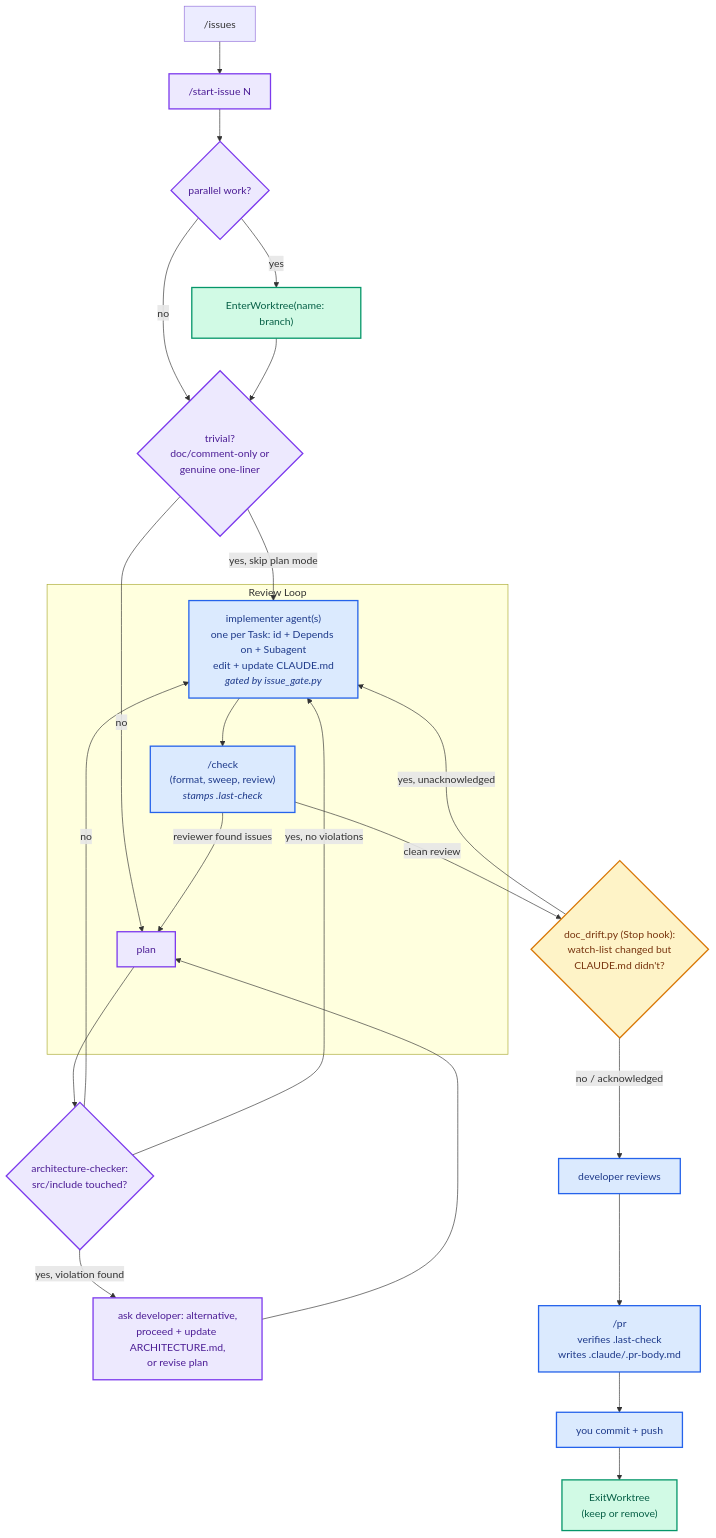
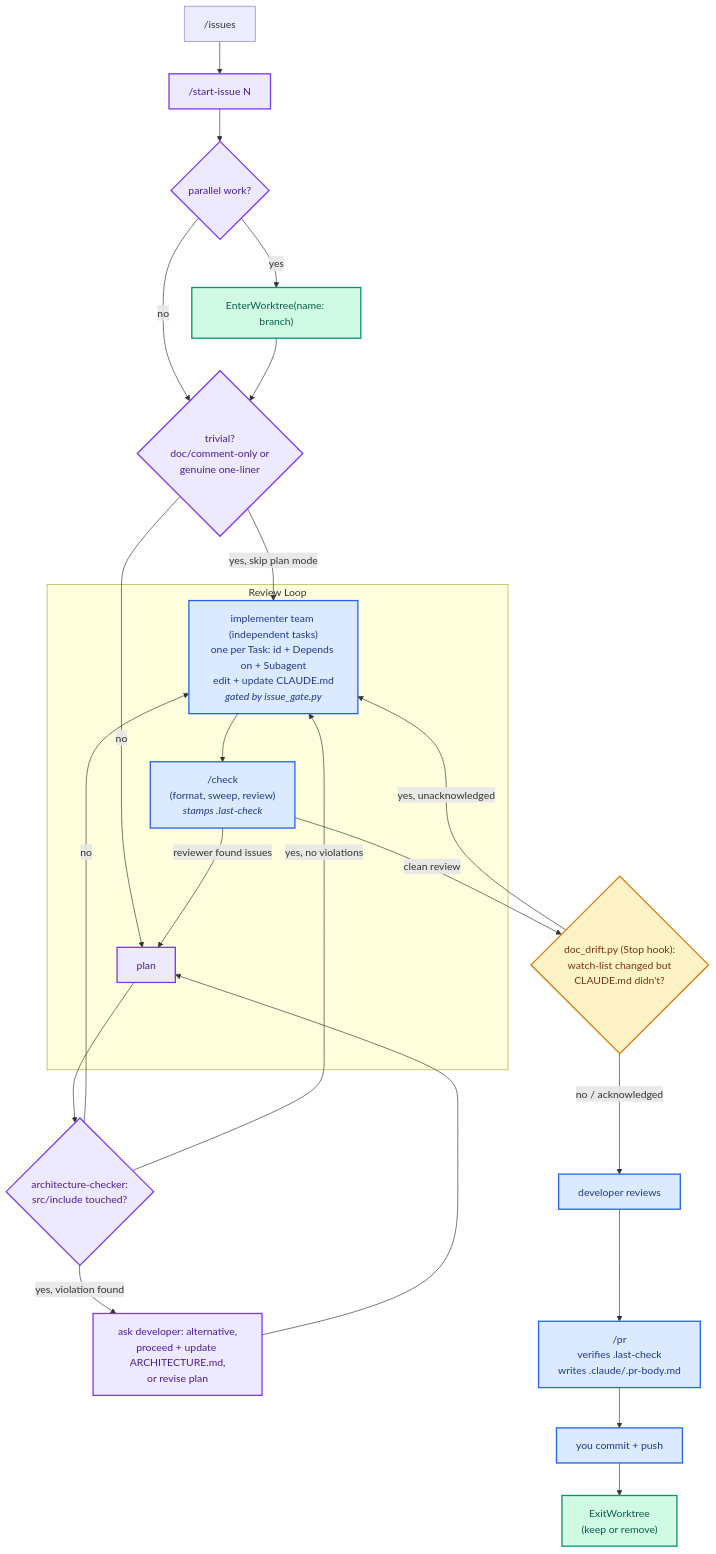
The diagram in .claude/WORKFLOW.md (C2-Games/roguelike), drawn with Mermaid before and after one commit. The commit also changed other lines of this file and 7 other files, not shown here.

First line of the commit message:
feat: Incorporate agent teams into the .claude workflow (#285)

````diff
--- a/.claude/WORKFLOW.md
+++ b/.claude/WORKFLOW.md
@@ -149,40 +149,40 @@
 ```mermaid
 flowchart TD
     Issues["/issues"] --> StartIssue["/start-issue N"]
     StartIssue --> WorktreeCheck{"parallel work?"}
     WorktreeCheck -- "no" --> Trivial{"trivial?<br/>doc/comment-only or<br/>genuine one-liner"}
     WorktreeCheck -- "yes" --> EnterWT["EnterWorktree(name: branch)"]
     EnterWT --> Trivial
  
     Trivial -- "yes, skip plan mode" --> Implementer
     Trivial -- "no" --> Plan["plan"]
  
     Plan --> ArchCheck{"architecture-checker:<br/>src/include touched?"}
-    ArchCheck -- "no" --> Implementer["implementer agent(s)<br/>one per Task: id + Depends on + Subagent<br/>edit + update CLAUDE.md<br/><i>gated by issue_gate.py</i>"]
+    ArchCheck -- "no" --> Implementer["implementer team (independent tasks)<br/>one per Task: id + Depends on + Subagent<br/>edit + update CLAUDE.md<br/><i>gated by issue_gate.py</i>"]
     ArchCheck -- "yes, no violations" --> Implementer
     ArchCheck -- "yes, violation found" --> Resolve["ask developer: alternative,<br/>proceed + update ARCHITECTURE.md,<br/>or revise plan"]
     Resolve --> Plan
 
     subgraph Loop["Review Loop"]
         Implementer --> Check["/check<br/>(format, sweep, review)<br/><i>stamps .last-check</i>"]
         Check -- "reviewer found issues" --> Plan
     end
  
     Check -- "clean review" --> DocDrift{"doc_drift.py (Stop hook):<br/>watch-list changed but<br/>CLAUDE.md didn't?"}
     DocDrift -- "yes, unacknowledged" --> Implementer
     DocDrift -- "no / acknowledged" --> DevReview["developer reviews"]
  
     DevReview --> PR["/pr<br/>verifies .last-check<br/>writes .claude/.pr-body.md"]
     PR --> CommitPush["you commit + push"]
     CommitPush --> ExitWT["ExitWorktree<br/>(keep or remove)"]
  
     classDef planMode fill:#ede9fe,stroke:#7c3aed,stroke-width:2px,color:#4c1d95
     classDef autoMode fill:#dbeafe,stroke:#2563eb,stroke-width:2px,color:#1e3a8a
     classDef worktreeMode fill:#d1fae5,stroke:#059669,stroke-width:2px,color:#065f46
     classDef hookGate fill:#fef3c7,stroke:#d97706,stroke-width:2px,color:#78350f
  
     class StartIssue,Plan,WorktreeCheck,Trivial,ArchCheck,Resolve planMode
     class Implementer,Check,DevReview,PR,CommitPush autoMode
     class EnterWT,ExitWT worktreeMode
     class DocDrift hookGate
 ```
````
